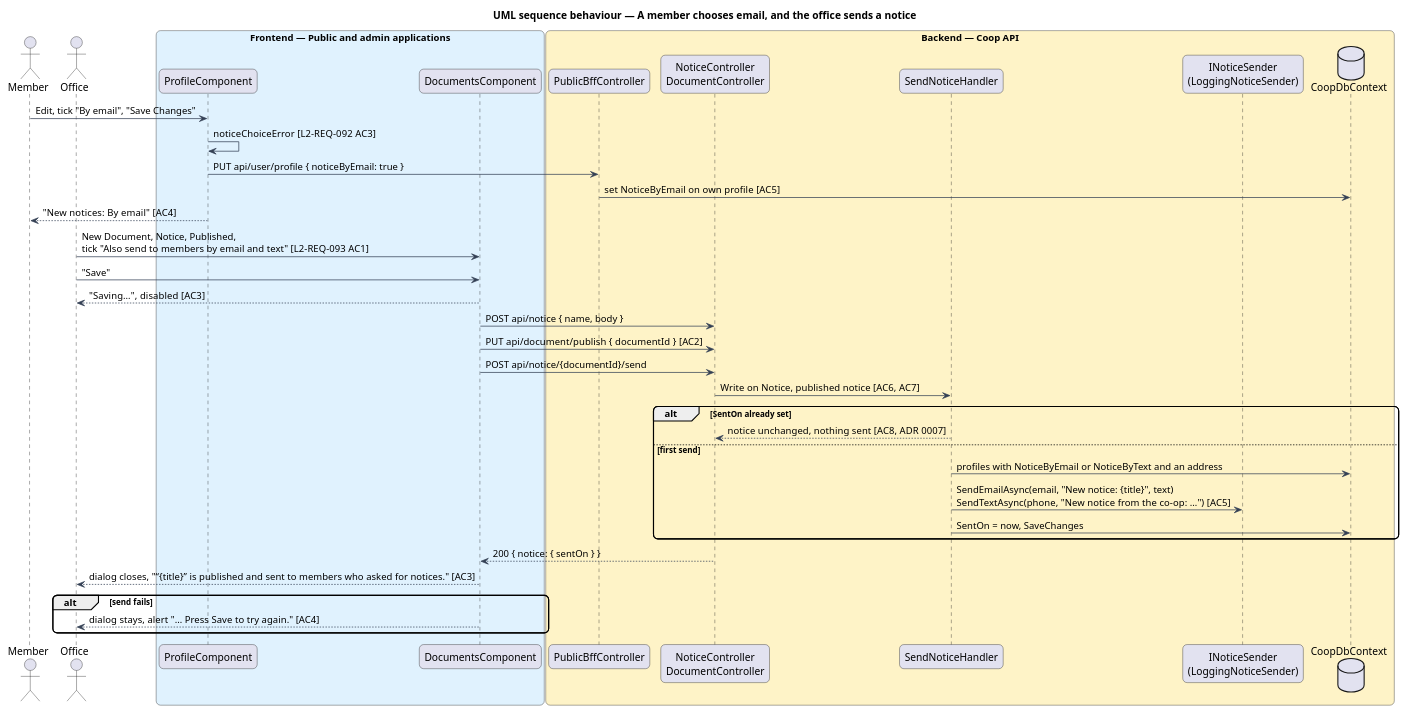
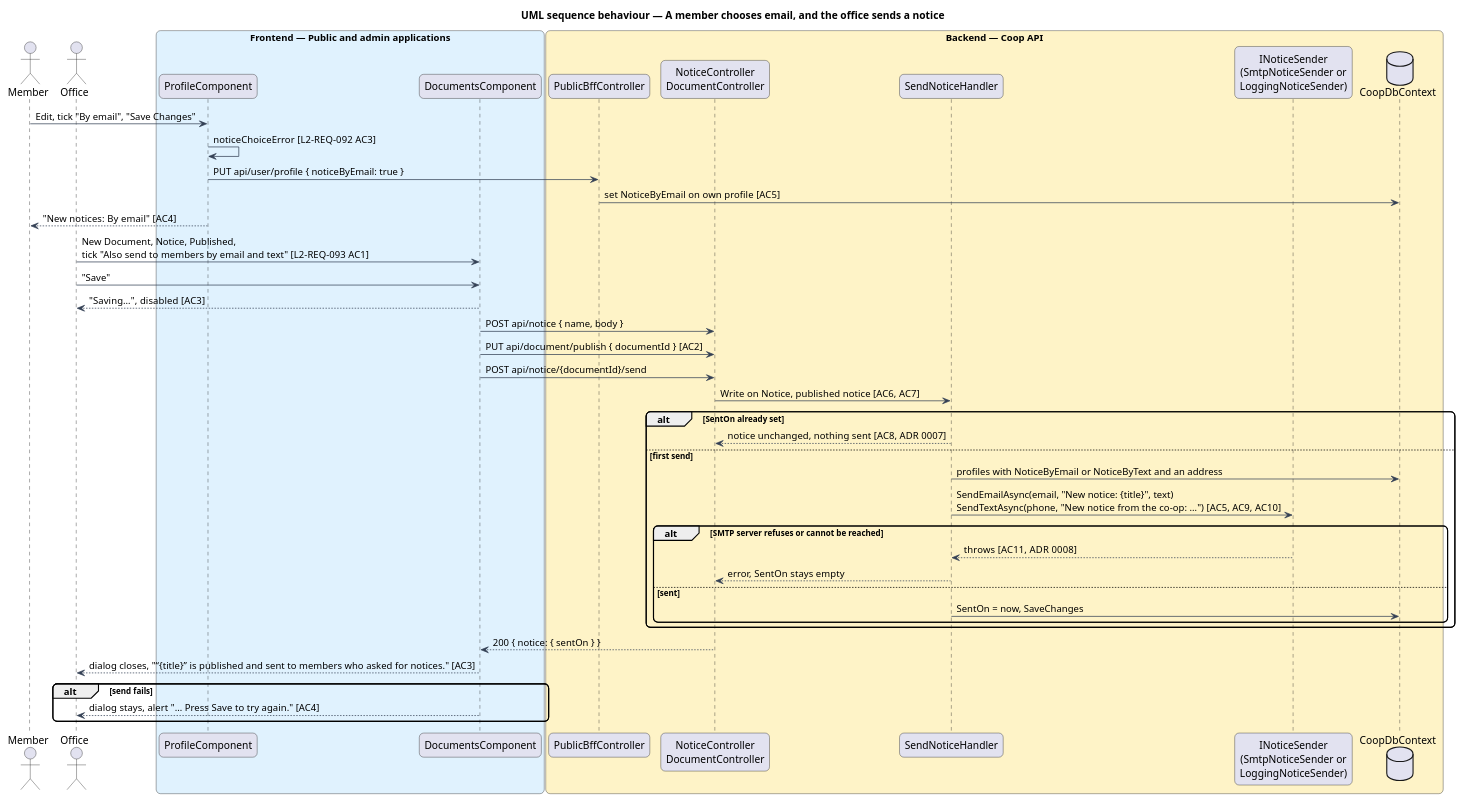
The diagram in docs/detailed-designs/admin-app/send-notices/diagrams/sequence-choose-and-send.puml (QuinntyneBrown/Coop), drawn with PlantUML before and after one commit. The commit also changed 8 other files, not shown here.

First line of the commit message:
Specify SMTP email delivery for notices

```diff
--- a/docs/detailed-designs/admin-app/send-notices/diagrams/sequence-choose-and-send.puml
+++ b/docs/detailed-designs/admin-app/send-notices/diagrams/sequence-choose-and-send.puml
@@ -1,45 +1,50 @@
 @startuml
 title UML sequence behaviour — A member chooses email, and the office sends a notice
 skinparam backgroundColor #FFFFFF
 skinparam shadowing false
 skinparam roundcorner 12
 skinparam defaultFontName Arial
 skinparam ArrowColor #344054
 actor "Member" as member
 actor "Office" as office
 box "Frontend — Public and admin applications" #E0F2FE
   participant "ProfileComponent" as profile
   participant "DocumentsComponent" as documents
 end box
 box "Backend — Coop API" #FEF3C7
   participant "PublicBffController" as bff
   participant "NoticeController\nDocumentController" as controller
   participant "SendNoticeHandler" as handler
-  participant "INoticeSender\n(LoggingNoticeSender)" as sender
+  participant "INoticeSender\n(SmtpNoticeSender or\nLoggingNoticeSender)" as sender
   database "CoopDbContext" as db
 end box
 member -> profile : Edit, tick "By email", "Save Changes"
 profile -> profile : noticeChoiceError  [L2-REQ-092 AC3]
 profile -> bff : PUT api/user/profile { noticeByEmail: true }
 bff -> db : set NoticeByEmail on own profile  [AC5]
 profile --> member : "New notices: By email"  [AC4]
 office -> documents : New Document, Notice, Published,\ntick "Also send to members by email and text"  [L2-REQ-093 AC1]
 office -> documents : "Save"
 documents --> office : "Saving…", disabled  [AC3]
 documents -> controller : POST api/notice { name, body }
 documents -> controller : PUT api/document/publish { documentId }  [AC2]
 documents -> controller : POST api/notice/{documentId}/send
 controller -> handler : Write on Notice, published notice  [AC6, AC7]
 alt SentOn already set
   handler --> controller : notice unchanged, nothing sent  [AC8, ADR 0007]
 else first send
   handler -> db : profiles with NoticeByEmail or NoticeByText and an address
-  handler -> sender : SendEmailAsync(email, "New notice: {title}", text)\nSendTextAsync(phone, "New notice from the co-op: …")  [AC5]
-  handler -> db : SentOn = now, SaveChanges
+  handler -> sender : SendEmailAsync(email, "New notice: {title}", text)\nSendTextAsync(phone, "New notice from the co-op: …")  [AC5, AC9, AC10]
+  alt SMTP server refuses or cannot be reached
+    sender --> handler : throws  [AC11, ADR 0008]
+    handler --> controller : error, SentOn stays empty
+  else sent
+    handler -> db : SentOn = now, SaveChanges
+  end
 end
 controller --> documents : 200 { notice: { sentOn } }
 documents --> office : dialog closes, "“{title}” is published and sent to members who asked for notices."  [AC3]
 alt send fails
   documents --> office : dialog stays, alert "… Press Save to try again."  [AC4]
 end
 @enduml
```
